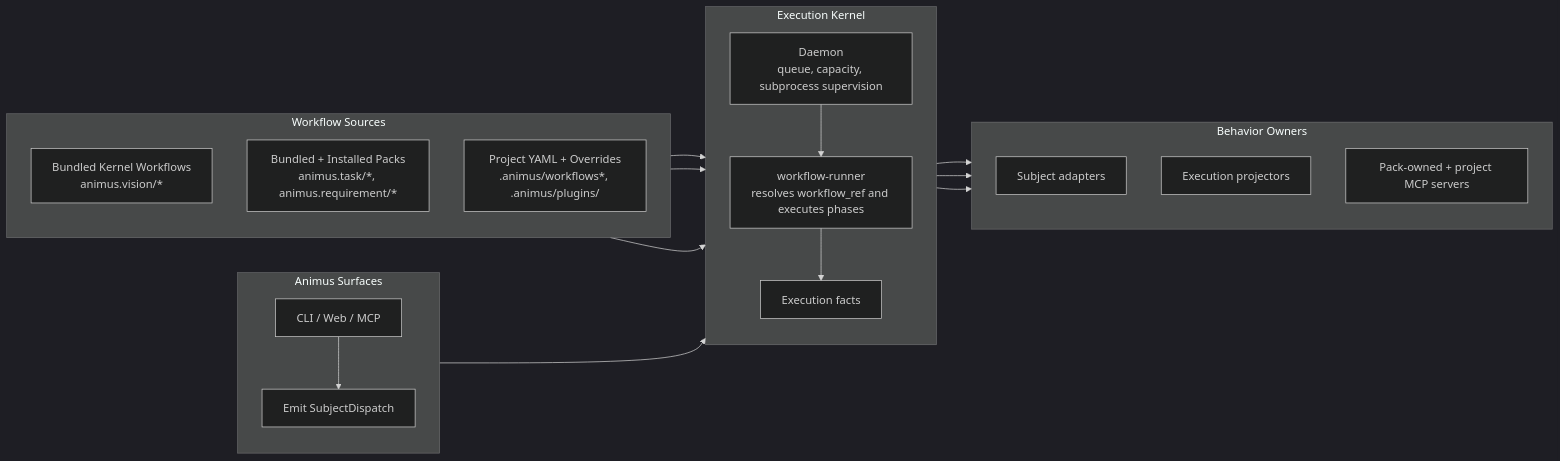
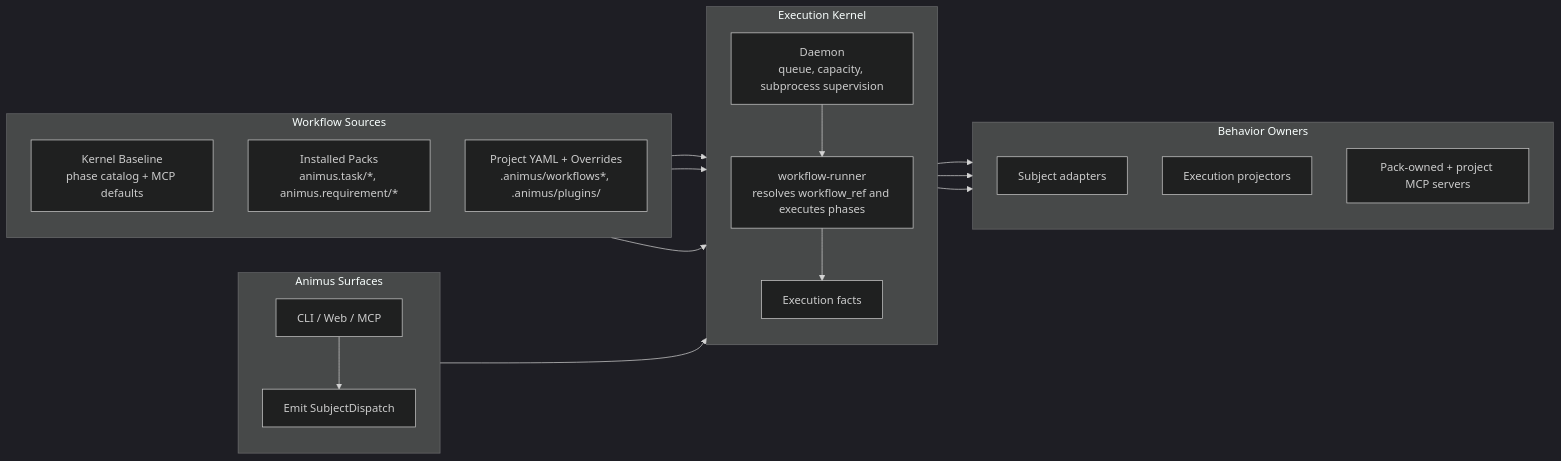
Before and after one commit to launchapp-dev/ao-cli: the diagram in docs/concepts/how-ao-works.md, drawn with Mermaid (dark theme). The commit also changed other lines of this file and 6 other files, not shown here.

````diff
--- a/docs/concepts/how-ao-works.md
+++ b/docs/concepts/how-ao-works.md
@@ -8,40 +8,40 @@
 ```mermaid
 flowchart LR
     subgraph CLI["Animus Surfaces"]
         direction TB
         cli["CLI / Web / MCP"]
         dispatch["Emit SubjectDispatch"]
     end
 
     subgraph SOURCES["Workflow Sources"]
         direction TB
-        kernel["Bundled Kernel Workflows<br/>animus.vision/*"]
-        packs["Bundled + Installed Packs<br/>animus.task/*, animus.requirement/*"]
+        kernel["Kernel Baseline<br/>phase catalog + MCP defaults"]
+        packs["Installed Packs<br/>animus.task/*, animus.requirement/*"]
         project["Project YAML + Overrides<br/>.animus/workflows*, .animus/plugins/"]
     end
 
     subgraph ENGINE["Execution Kernel"]
         direction TB
         daemon["Daemon<br/>queue, capacity, subprocess supervision"]
         runner["workflow-runner<br/>resolves workflow_ref and executes phases"]
         facts["Execution facts"]
     end
 
     subgraph BEHAVIOR["Behavior Owners"]
         direction TB
         adapters["Subject adapters"]
         projectors["Execution projectors"]
         mcp["Pack-owned + project MCP servers"]
     end
 
     cli --> dispatch
     dispatch --> daemon
     daemon --> runner
     kernel --> runner
     packs --> runner
     project --> runner
     runner --> facts
     facts --> projectors
     runner --> mcp
     runner --> adapters
 ```
````
